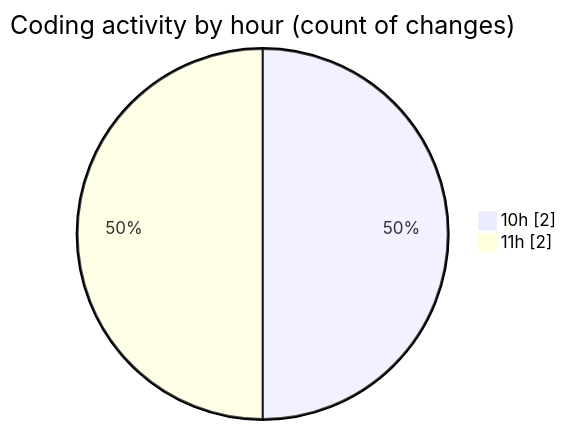
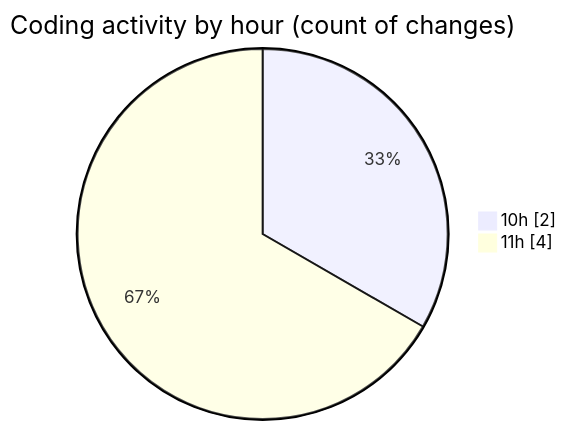
Before and after one commit to nxtqubesakshisongat/code-tracking: the second of 2 diagrams in 2025-05-02/nxtqube_webapp/README.md, drawn with Mermaid. The commit also changed other lines of this file and 1 other file, not shown here.

````diff
--- a/2025-05-02/nxtqube_webapp/README.md
+++ b/2025-05-02/nxtqube_webapp/README.md
@@ -30,6 +31,6 @@
 ```mermaid
 pie showData
 title Coding activity by hour (count of changes)
 "10h" : 2
-"11h" : 2
+"11h" : 4
 ```
````
